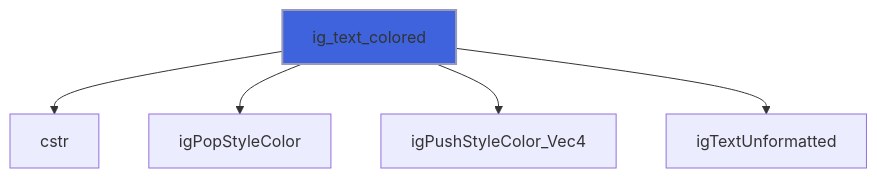
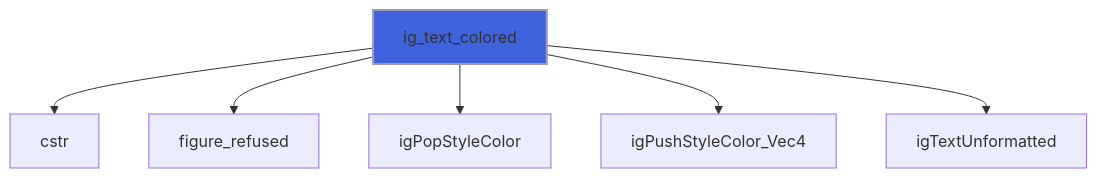
One commit to szaghi/figure changed diagram 14 of 39 in docs/api/src/lib/figure_imgui.md. Above: the diagram before and after it, drawn with Mermaid. The commit also changed other lines of this file and 10 other files, not shown here.

````diff
--- a/docs/api/src/lib/figure_imgui.md
+++ b/docs/api/src/lib/figure_imgui.md
@@ -422,8 +450,9 @@
 ```mermaid
 flowchart TD
   ig_text_colored["ig_text_colored"] --> cstr["cstr"]
+  ig_text_colored["ig_text_colored"] --> figure_refused["figure_refused"]
   ig_text_colored["ig_text_colored"] --> igPopStyleColor["igPopStyleColor"]
   ig_text_colored["ig_text_colored"] --> igPushStyleColor_Vec4["igPushStyleColor_Vec4"]
   ig_text_colored["ig_text_colored"] --> igTextUnformatted["igTextUnformatted"]
   style ig_text_colored fill:#3e63dd,stroke:#99b,stroke-width:2px
 ```
````
